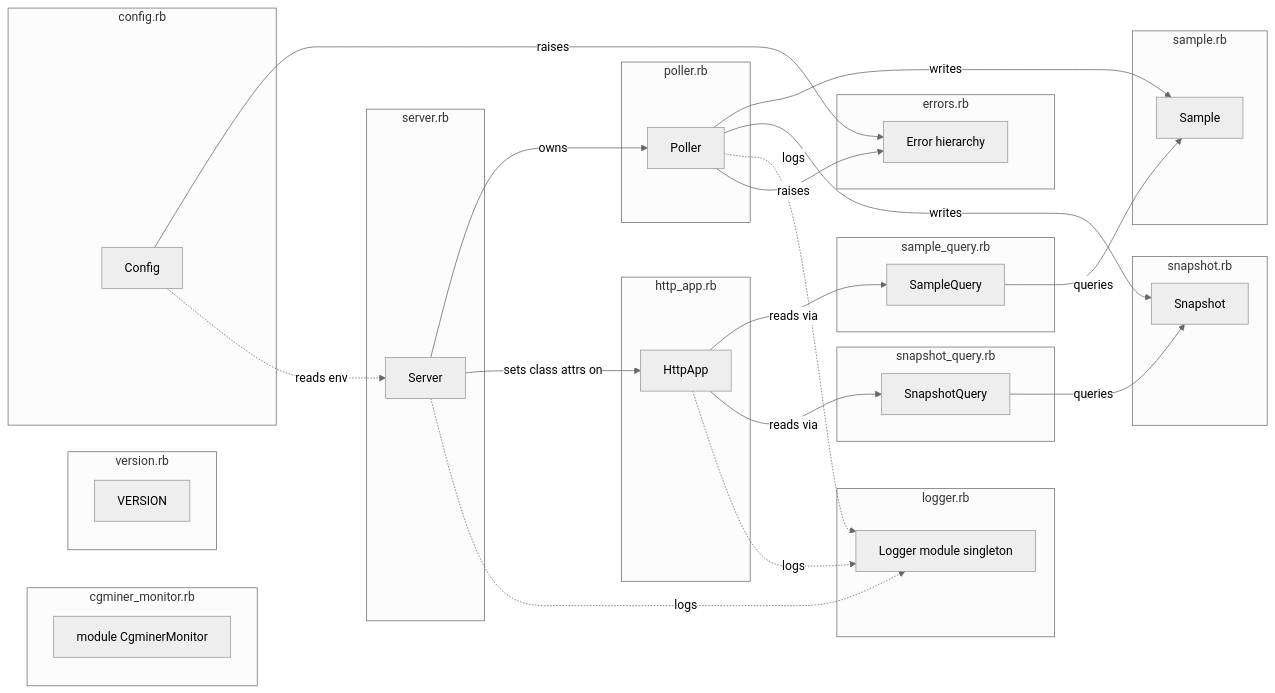
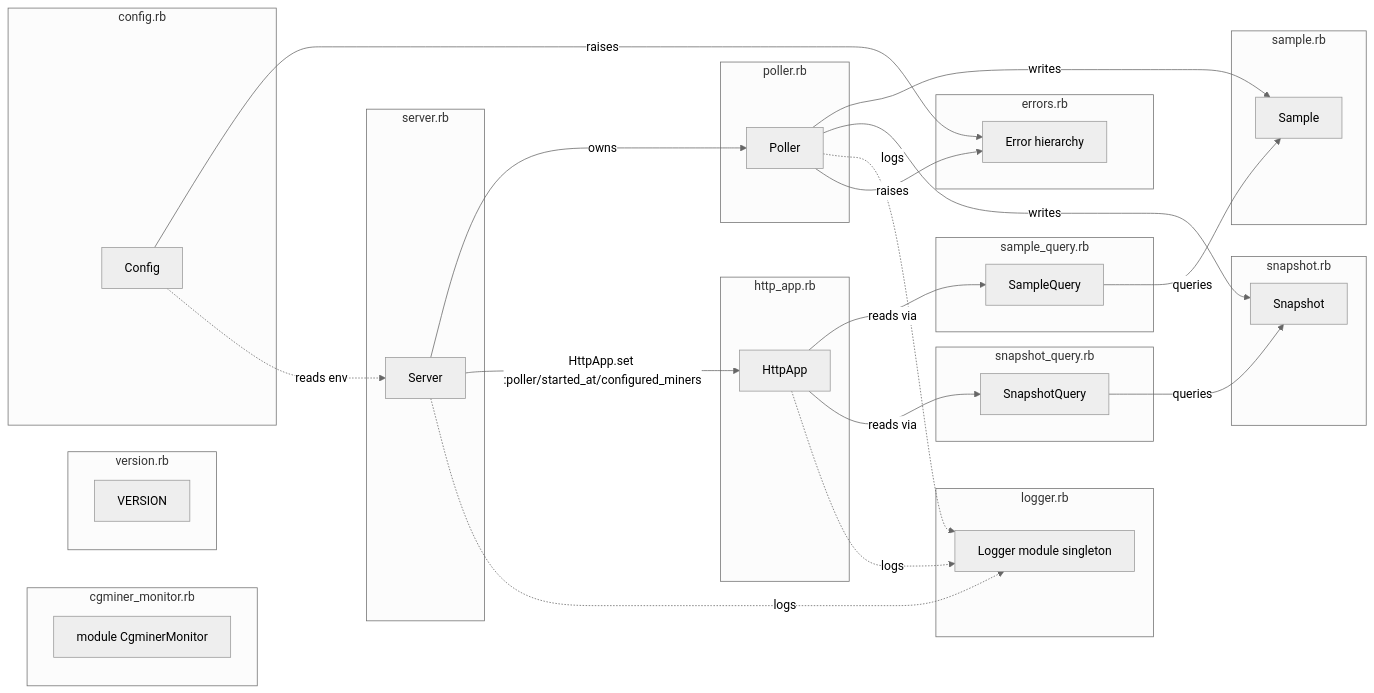
One commit to jramos/cgminer_monitor changed the diagram in docs/components.md. Above: the diagram before and after it, drawn with Mermaid (neutral theme). The commit also changed other lines of this file and 7 other files, not shown here.

````diff
--- a/docs/components.md
+++ b/docs/components.md
@@ -7,54 +7,54 @@
 ```mermaid
 graph LR
     subgraph cgminer_monitor_rb["cgminer_monitor.rb"]
         Mod[module CgminerMonitor]
     end
     subgraph errors_rb["errors.rb"]
         ErrClasses[Error hierarchy]
     end
     subgraph version_rb["version.rb"]
         Ver[VERSION]
     end
     subgraph config_rb["config.rb"]
         Cfg[Config]
     end
     subgraph logger_rb["logger.rb"]
         Log[Logger module singleton]
     end
     subgraph sample_rb["sample.rb"]
         Smp[Sample]
     end
     subgraph snapshot_rb["snapshot.rb"]
         Snp[Snapshot]
     end
     subgraph sample_query_rb["sample_query.rb"]
         SmpQ[SampleQuery]
     end
     subgraph snapshot_query_rb["snapshot_query.rb"]
         SnpQ[SnapshotQuery]
     end
     subgraph poller_rb["poller.rb"]
         Pol[Poller]
     end
     subgraph server_rb["server.rb"]
         Srv[Server]
     end
     subgraph http_app_rb["http_app.rb"]
         App[HttpApp]
     end
 
     Srv -->|owns| Pol
-    Srv -->|sets class attrs on| App
+    Srv -->|HttpApp.set :poller/started_at/configured_miners| App
     Pol -->|writes| Smp
     Pol -->|writes| Snp
     App -->|reads via| SmpQ
     App -->|reads via| SnpQ
     SmpQ -->|queries| Smp
     SnpQ -->|queries| Snp
     Pol -.logs.-> Log
     Srv -.logs.-> Log
     App -.logs.-> Log
     Pol -->|raises| ErrClasses
     Cfg -->|raises| ErrClasses
     Cfg -.reads env-.-> Srv
 ```
````
